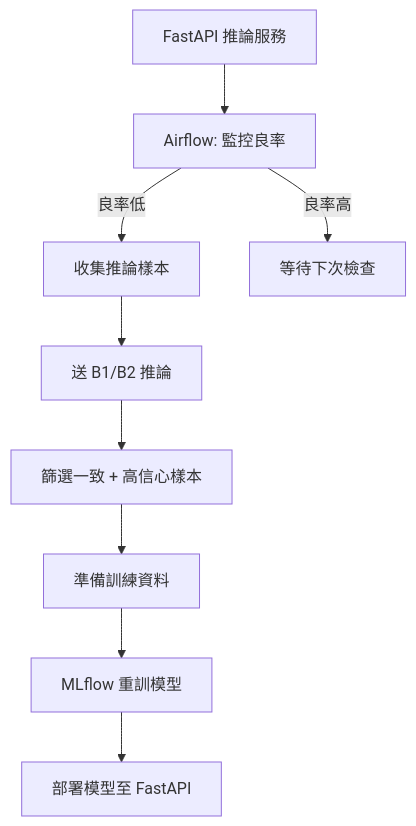
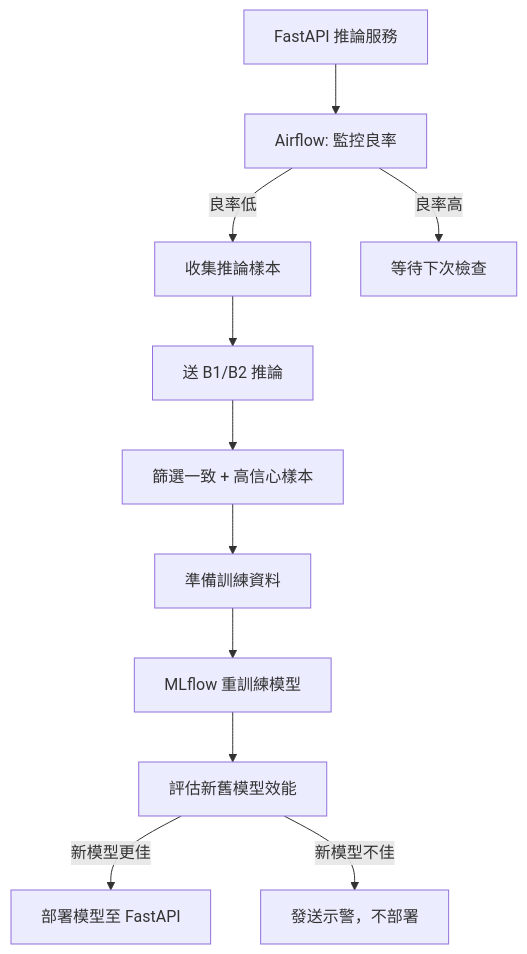
One commit to OzHsu23/model_iteration_in_MLOps changed the first of 2 diagrams in README.md. Above: the diagram before and after it, drawn with Mermaid. The commit also changed other lines of this file and 20 other files, not shown here.

````diff
--- a/README.md
+++ b/README.md
@@ -21,11 +21,14 @@
 ```mermaid
 flowchart TD
     A[FastAPI 推論服務] --> B[Airflow: 監控良率]
     B -->|良率低| C[收集推論樣本]
     C --> D[送 B1/B2 推論]
     D --> E[篩選一致 + 高信心樣本]
     E --> F[準備訓練資料]
-    F --> G[MLflow 重訓模型]
-    G --> H[部署模型至 FastAPI]
+    F --> G[MLflow 重訓練模型]
+    G --> I[評估新舊模型效能]
+    I -->|新模型更佳| H[部署模型至 FastAPI]
+    I -->|新模型不佳| Y[發送示警，不部署]
+
     B -->|良率高| Z[等待下次檢查]
 ```
````
